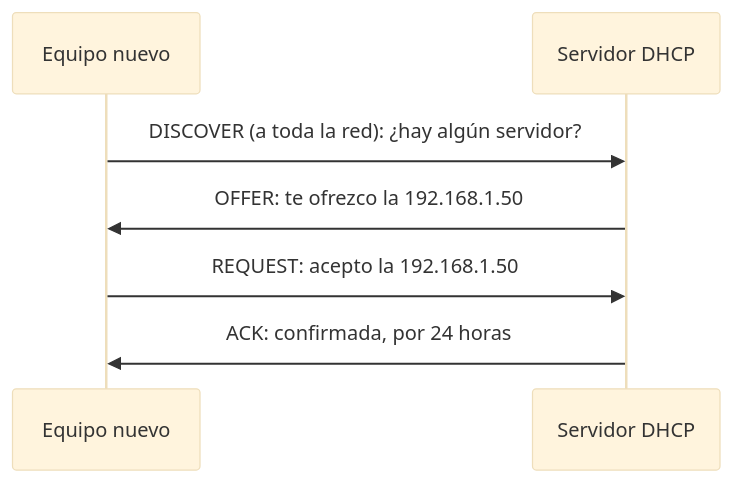
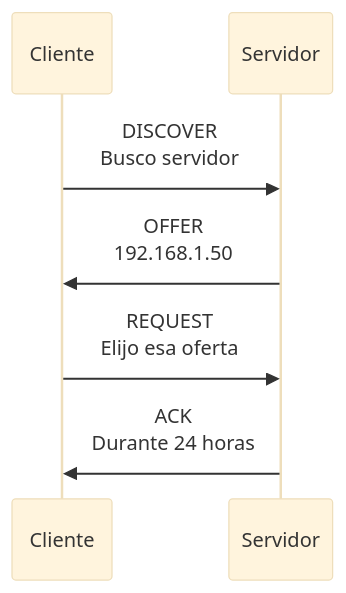
One commit to nbfrodri/devly changed the diagram in src/content/es/articles/que-es-dhcp.mdx. Above: the diagram before and after it, drawn with Mermaid (base theme). The commit also changed other lines of this file and 142 other files, not shown here.

````diff
--- a/src/content/es/articles/que-es-dhcp.mdx
+++ b/src/content/es/articles/que-es-dhcp.mdx
@@ -27,9 +29,16 @@
 ```mermaid
+---
+config:
+  sequence:
+    width: 80
+    diagramMarginX: 4
+    actorMargin: 24
+---
 sequenceDiagram
-	participant C as Equipo nuevo
-	participant S as Servidor DHCP
-	C->>S: DISCOVER (a toda la red): ¿hay algún servidor?
-	S->>C: OFFER: te ofrezco la 192.168.1.50
-	C->>S: REQUEST: acepto la 192.168.1.50
-	S->>C: ACK: confirmada, por 24 horas
+	participant C as Cliente
+	participant S as Servidor
+	C->>S: DISCOVER<br/>Busco servidor
+	S->>C: OFFER<br/>192.168.1.50
+	C->>S: REQUEST<br/>Elijo esa oferta
+	S->>C: ACK<br/>Durante 24 horas
 ```
````
